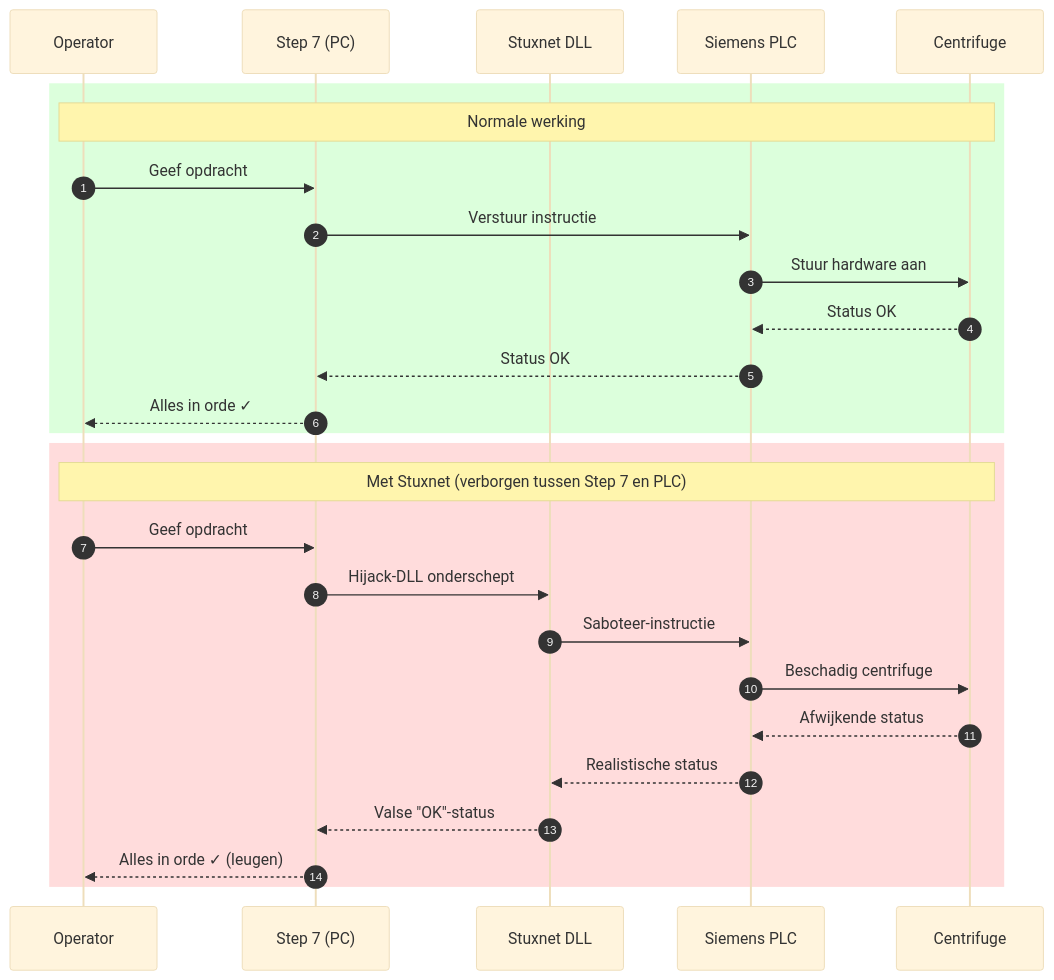
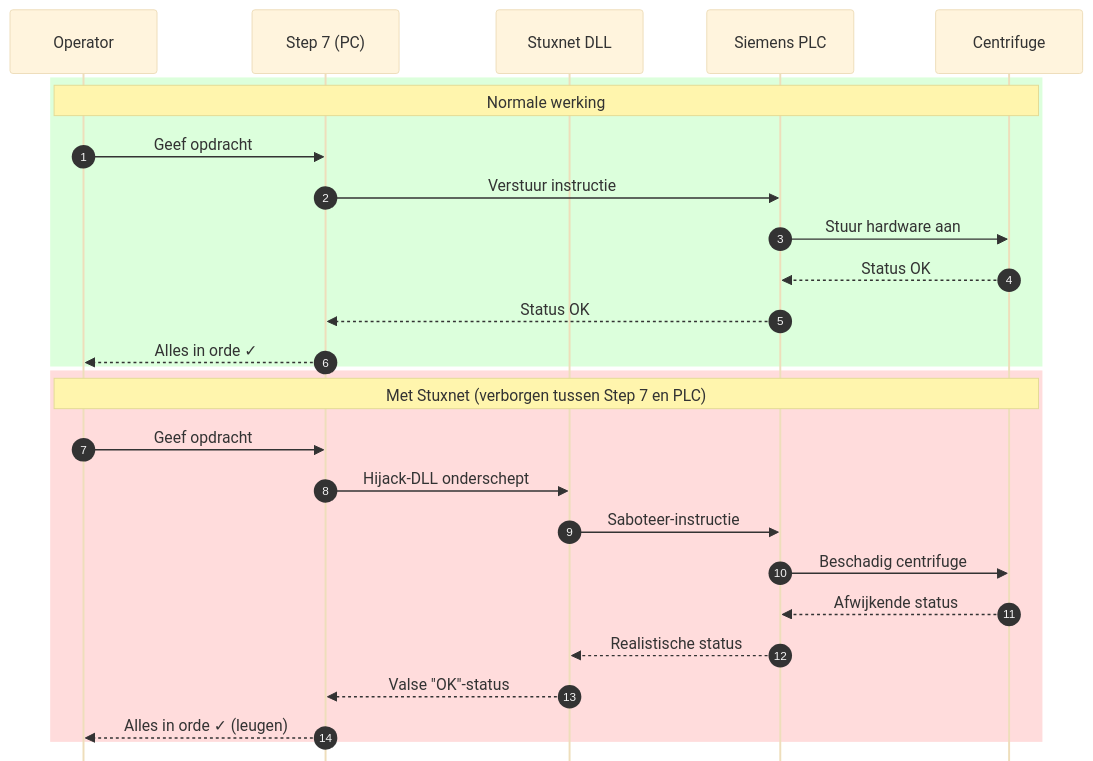
One commit to timdams/cyberboswachters_boek changed the fourth of 6 diagrams in cyberboswachters/slides/wordtheterger.qmd. Above: the diagram before and after it, drawn with Mermaid (base theme). The commit also changed other lines of this file and 5 other files, not shown here.

````diff
--- a/cyberboswachters/slides/wordtheterger.qmd
+++ b/cyberboswachters/slides/wordtheterger.qmd
@@ -106,31 +126,32 @@
 ```{mermaid}
+%%{init: {'sequence': {'actorMargin': 60, 'messageMargin': 22, 'boxMargin': 4, 'noteMargin': 6, 'mirrorActors': false, 'actorFontSize': 13, 'noteFontSize': 12, 'messageFontSize': 12} } }%%
 sequenceDiagram
     autonumber
     participant Op as Operator
     participant S7 as Step 7 (PC)
     participant SX as Stuxnet DLL
     participant PLC as Siemens PLC
     participant HW as Centrifuge
 
     rect rgb(220, 255, 220)
       Note over Op,HW: Normale werking
       Op->>S7: Geef opdracht
       S7->>PLC: Verstuur instructie
       PLC->>HW: Stuur hardware aan
       HW-->>PLC: Status OK
       PLC-->>S7: Status OK
       S7-->>Op: Alles in orde ✓
     end
 
     rect rgb(255, 220, 220)
       Note over Op,HW: Met Stuxnet (verborgen tussen Step 7 en PLC)
       Op->>S7: Geef opdracht
       S7->>SX: Hijack-DLL onderschept
       SX->>PLC: Saboteer-instructie
       PLC->>HW: Beschadig centrifuge
       HW-->>PLC: Afwijkende status
       PLC-->>SX: Realistische status
       SX-->>S7: Valse "OK"-status
       S7-->>Op: Alles in orde ✓ (leugen)
     end
 ```
````
